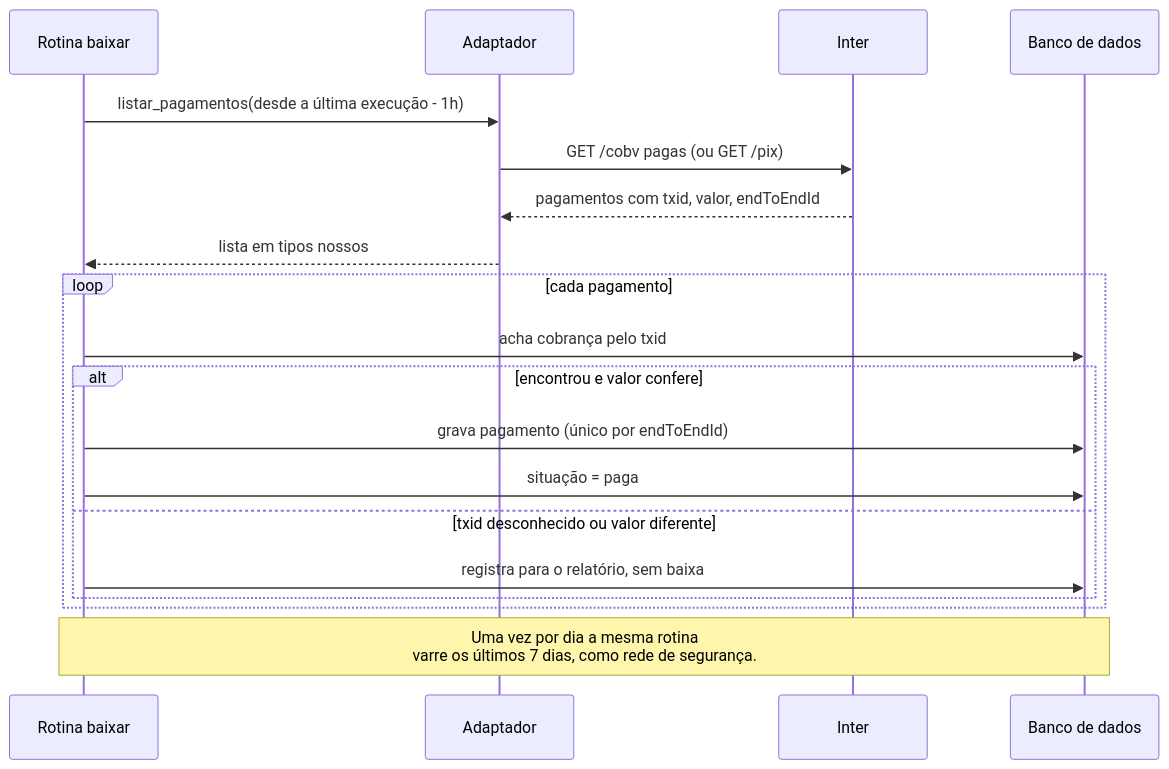
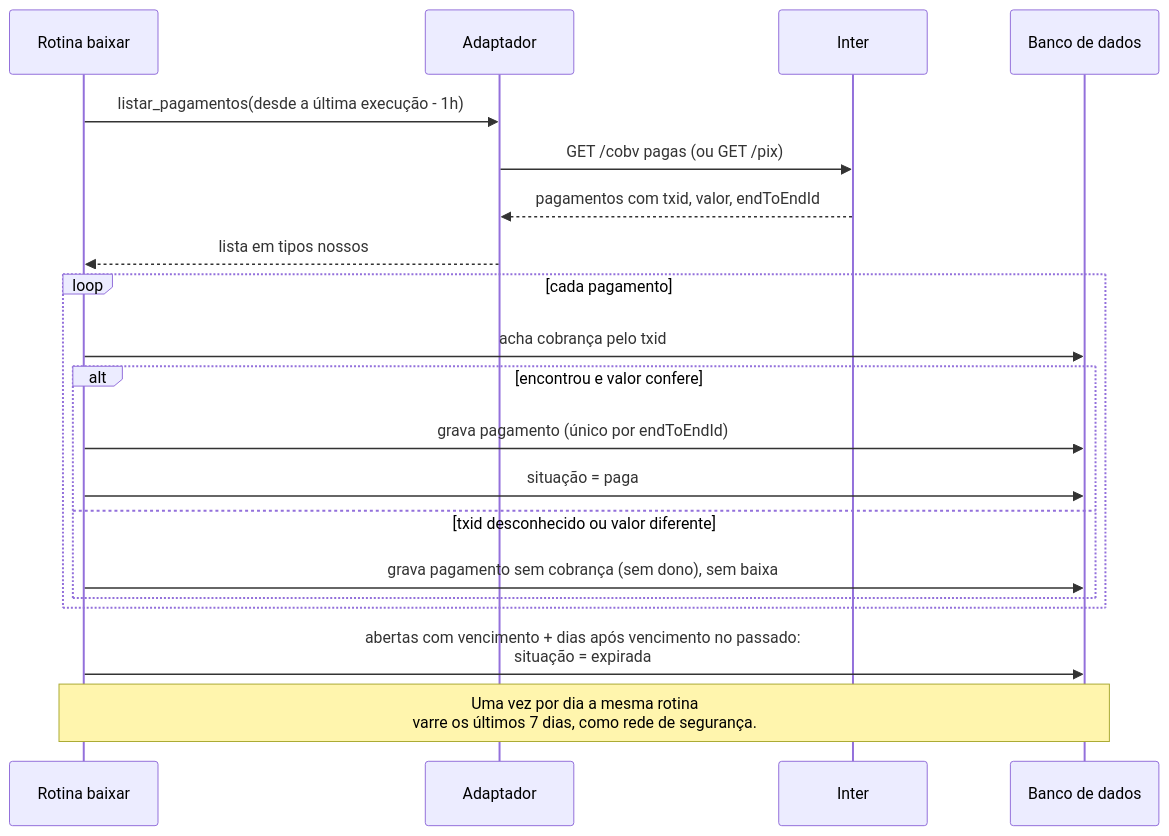
Before and after one commit to leonardorudolfocardoso/pix-em-dia: the fifth of 9 diagrams in docs/processos.md, drawn with Mermaid. The commit also changed other lines of this file, not shown here.

````diff
--- a/docs/processos.md
+++ b/docs/processos.md
@@ -130,21 +130,22 @@
 ```mermaid
 sequenceDiagram
   participant J as Rotina baixar
   participant A as Adaptador
   participant I as Inter
   participant D as Banco de dados
   J->>A: listar_pagamentos(desde a última execução - 1h)
   A->>I: GET /cobv pagas (ou GET /pix)
   I-->>A: pagamentos com txid, valor, endToEndId
   A-->>J: lista em tipos nossos
   loop cada pagamento
     J->>D: acha cobrança pelo txid
     alt encontrou e valor confere
       J->>D: grava pagamento (único por endToEndId)
       J->>D: situação = paga
     else txid desconhecido ou valor diferente
-      J->>D: registra para o relatório, sem baixa
+      J->>D: grava pagamento sem cobrança (sem dono), sem baixa
     end
   end
+  J->>D: abertas com vencimento + dias após vencimento no passado:<br/>situação = expirada
   Note over J,D: Uma vez por dia a mesma rotina<br/>varre os últimos 7 dias, como rede de segurança.
 ```
````
